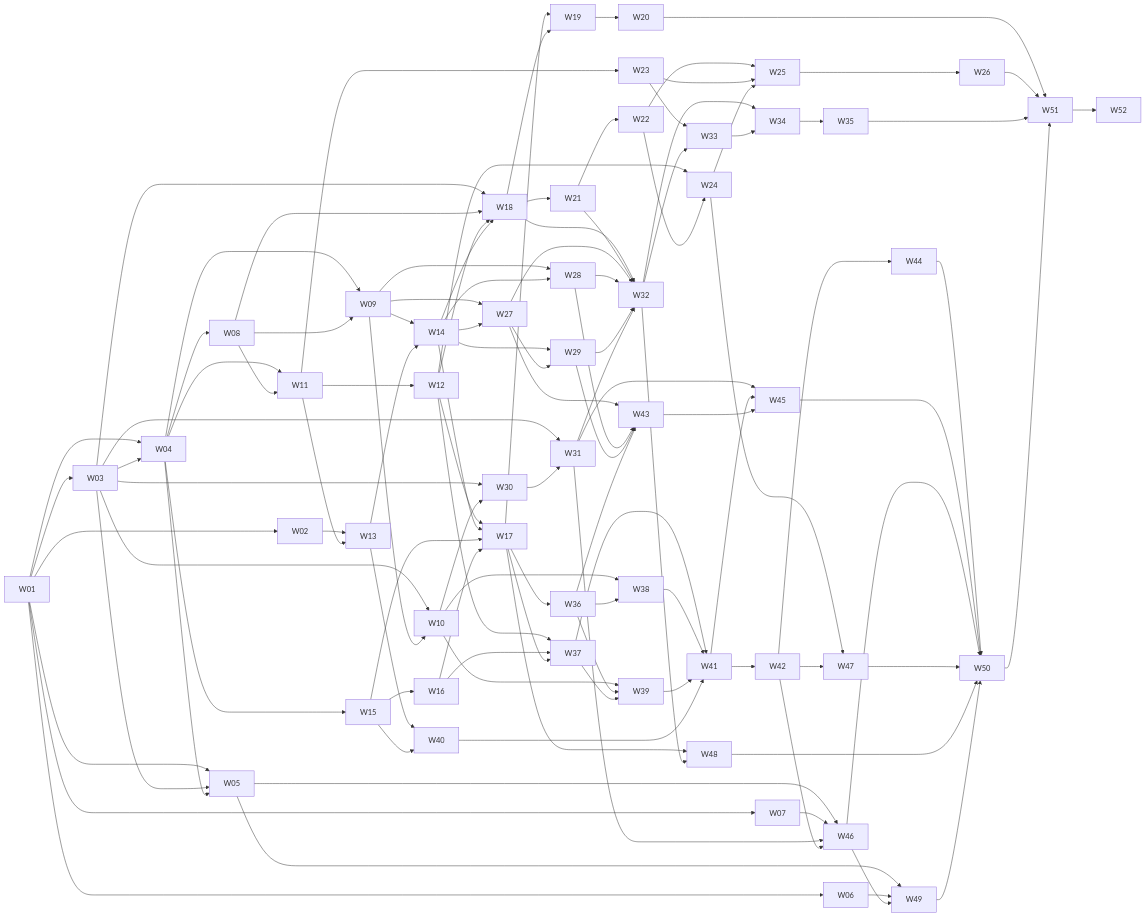
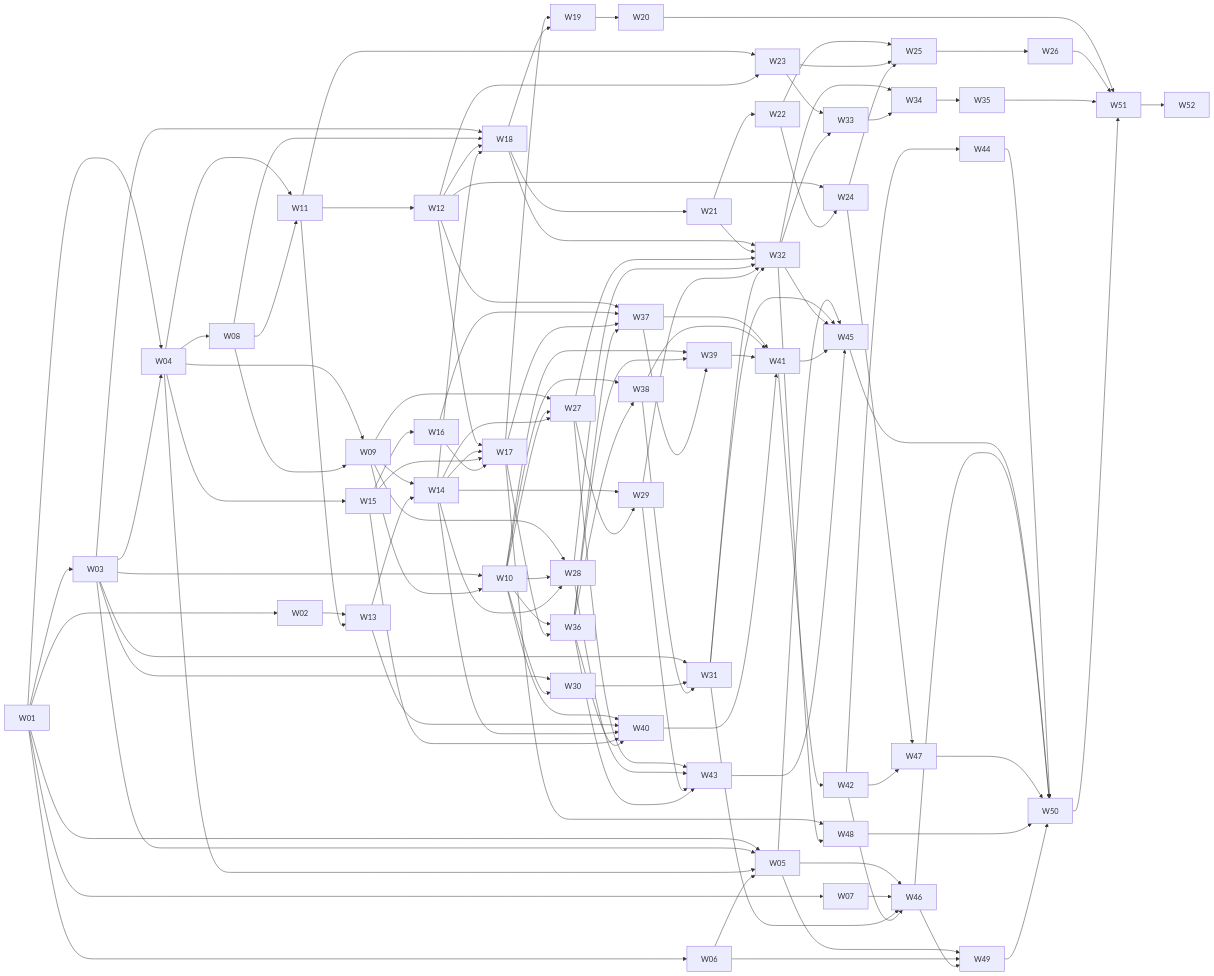
One commit to mistakenot/keyval changed the fourth of 4 diagrams in PLAN.md. Above: the diagram before and after it, drawn with Mermaid. The commit also changed other lines of this file, not shown here.

```diff
--- a/PLAN.md
+++ b/PLAN.md
@@ -1653,6 +1672,7 @@
     W01 --> W05
     W03 --> W05
     W04 --> W05
+    W06 --> W05
     W01 --> W06
     W01 --> W07
     W04 --> W08
@@ -1683,6 +1703,7 @@
     W18 --> W21
     W21 --> W22
     W11 --> W23
+    W12 --> W23
     W12 --> W24
     W22 --> W24
     W22 --> W25
@@ -1690,8 +1711,10 @@
     W24 --> W25
     W25 --> W26
     W09 --> W27
+    W10 --> W27
     W14 --> W27
     W09 --> W28
+    W10 --> W28
     W14 --> W28
     W14 --> W29
     W27 --> W29
@@ -1699,6 +1722,7 @@
     W10 --> W30
     W03 --> W31
     W30 --> W31
+    W38 --> W31
     W18 --> W32
     W21 --> W32
     W27 --> W32
@@ -1710,17 +1734,22 @@
     W32 --> W34
     W33 --> W34
     W34 --> W35
+    W10 --> W36
     W17 --> W36
     W12 --> W37
     W16 --> W37
     W17 --> W37
+    W36 --> W37
     W10 --> W38
     W36 --> W38
     W10 --> W39
     W36 --> W39
     W37 --> W39
+    W10 --> W40
     W13 --> W40
+    W14 --> W40
     W15 --> W40
+    W36 --> W40
     W37 --> W41
     W38 --> W41
     W39 --> W41
@@ -1731,7 +1760,9 @@
     W29 --> W43
     W36 --> W43
     W42 --> W44
+    W05 --> W45
     W31 --> W45
+    W32 --> W45
     W41 --> W45
     W43 --> W45
     W05 --> W46
```
